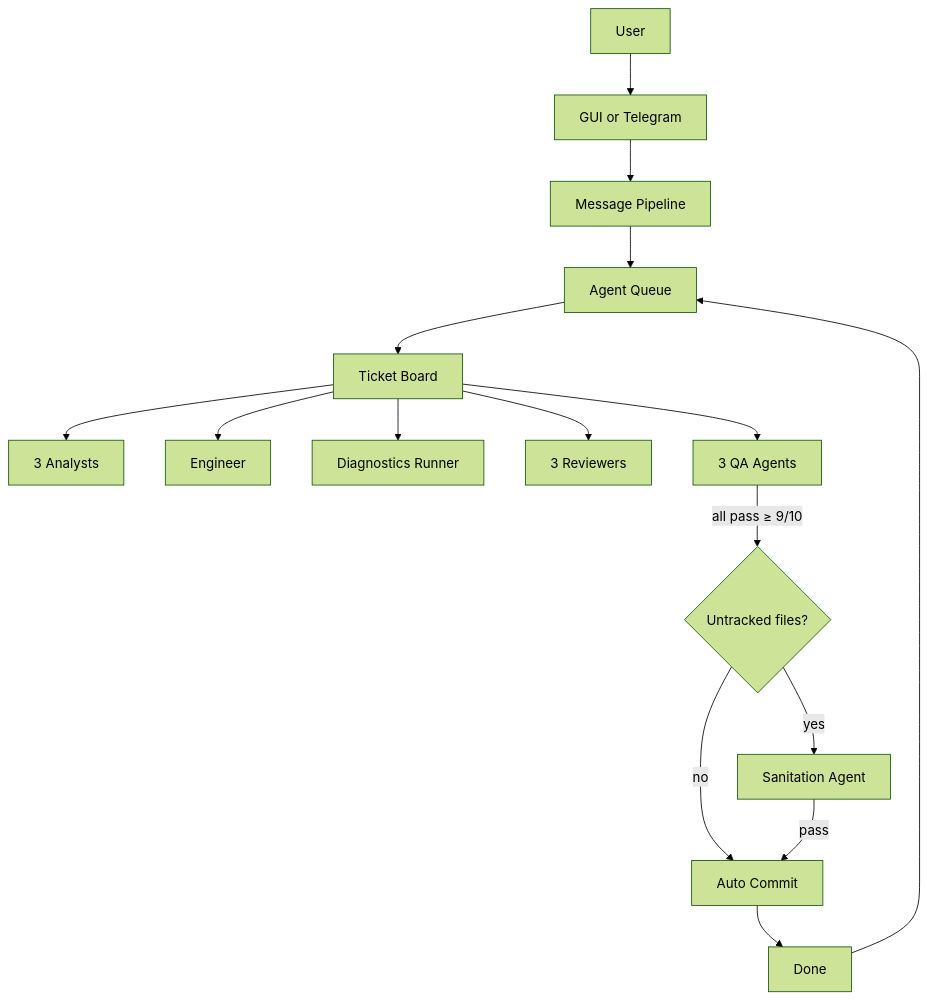
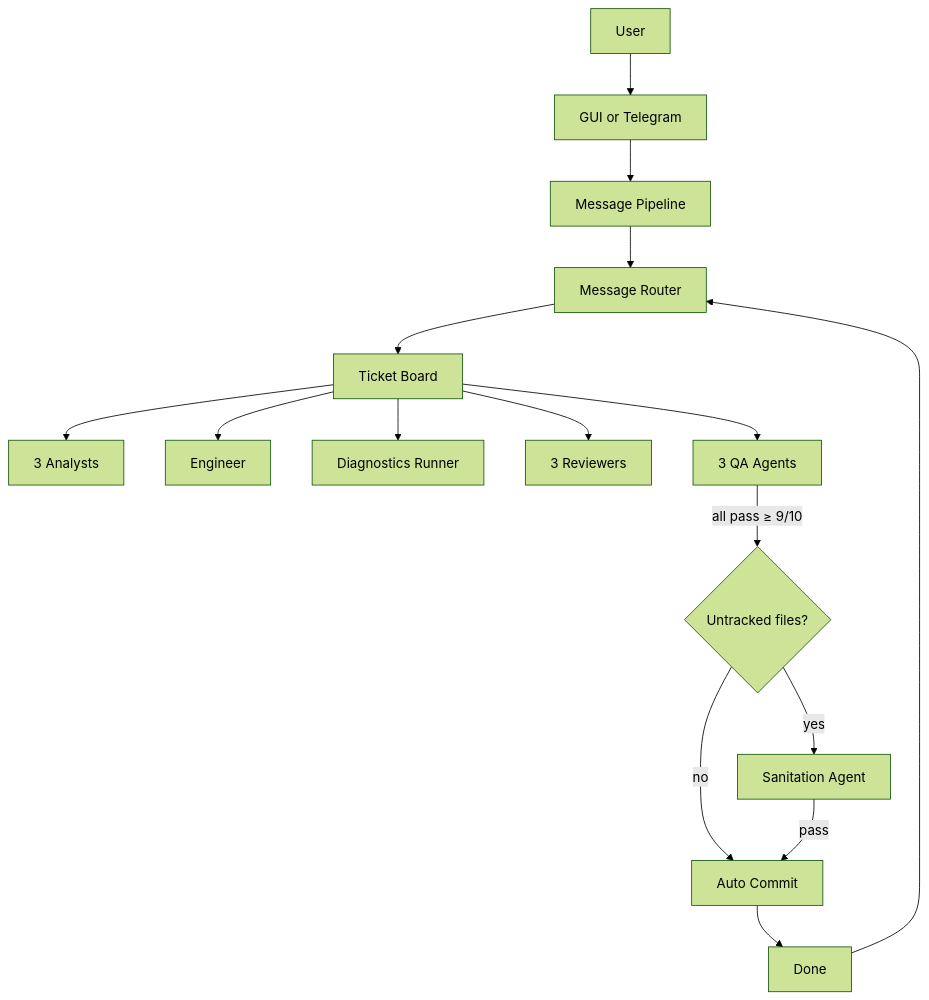
One commit to edezhic/mahbot changed the diagram in README.md. Above: the diagram before and after it, drawn with Mermaid (forest theme). The commit also changed other lines of this file and 12 other files, not shown here.

Commit message:
Replace per-role queues with agent-ID message router for true instance-level parallelism

````diff
--- a/README.md
+++ b/README.md
@@ -79,18 +79,18 @@
 ```mermaid
 flowchart TD
     User[User] --> Channels[GUI or Telegram]
     Channels --> MessagePipeline[Message Pipeline]
-    MessagePipeline --> AgentQueue[Agent Queue]
-    AgentQueue --> Board[Ticket Board]
+    MessagePipeline --> MessageRouter[Message Router]
+    MessageRouter --> Board[Ticket Board]
     Board --> Analysts[3 Analysts]
     Board --> Engineer[Engineer]
     Board --> Diagnostics[Diagnostics Runner]
     Board --> Reviewers[3 Reviewers]
     Board --> QA[3 QA Agents]
     QA -->|all pass ≥ 9/10| QaCheck{Untracked files?}
     QaCheck -->|yes| Sanitation[Sanitation Agent]
     QaCheck -->|no| AutoCommit[Auto Commit]
     Sanitation -->|pass| AutoCommit
     AutoCommit --> Done[Done]
-    Done --> AgentQueue
+    Done --> MessageRouter
 ```
````
